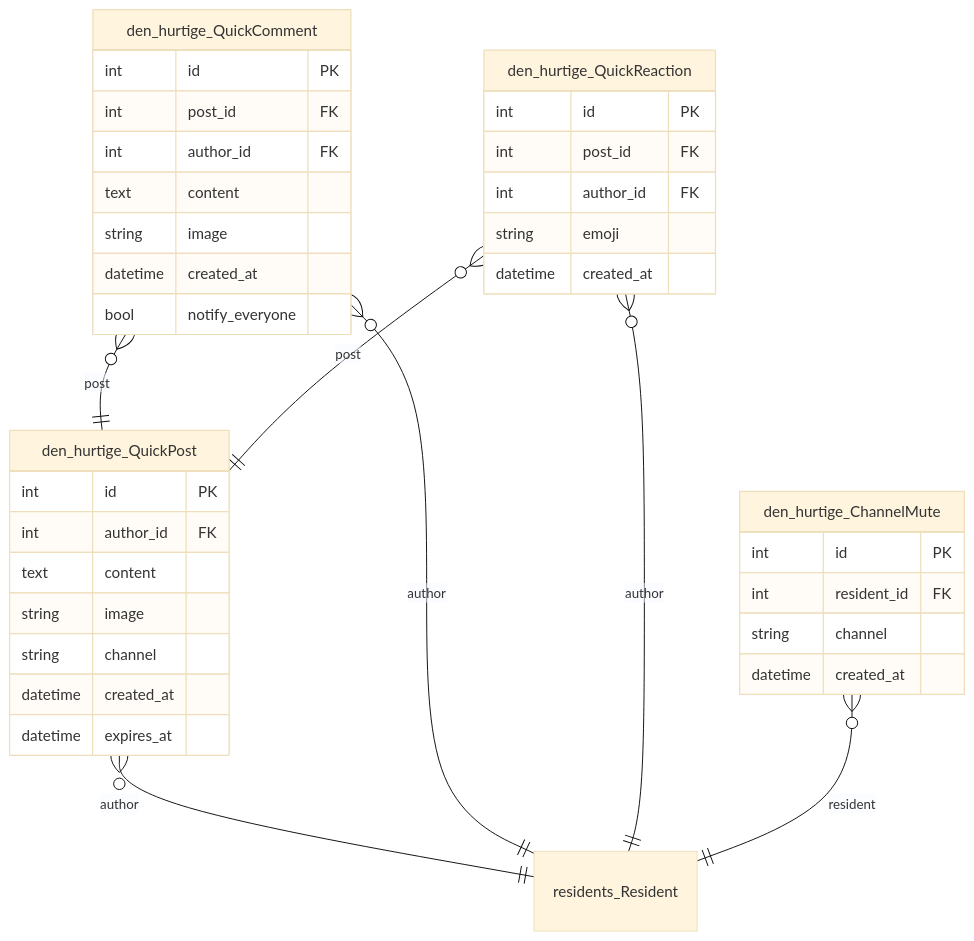
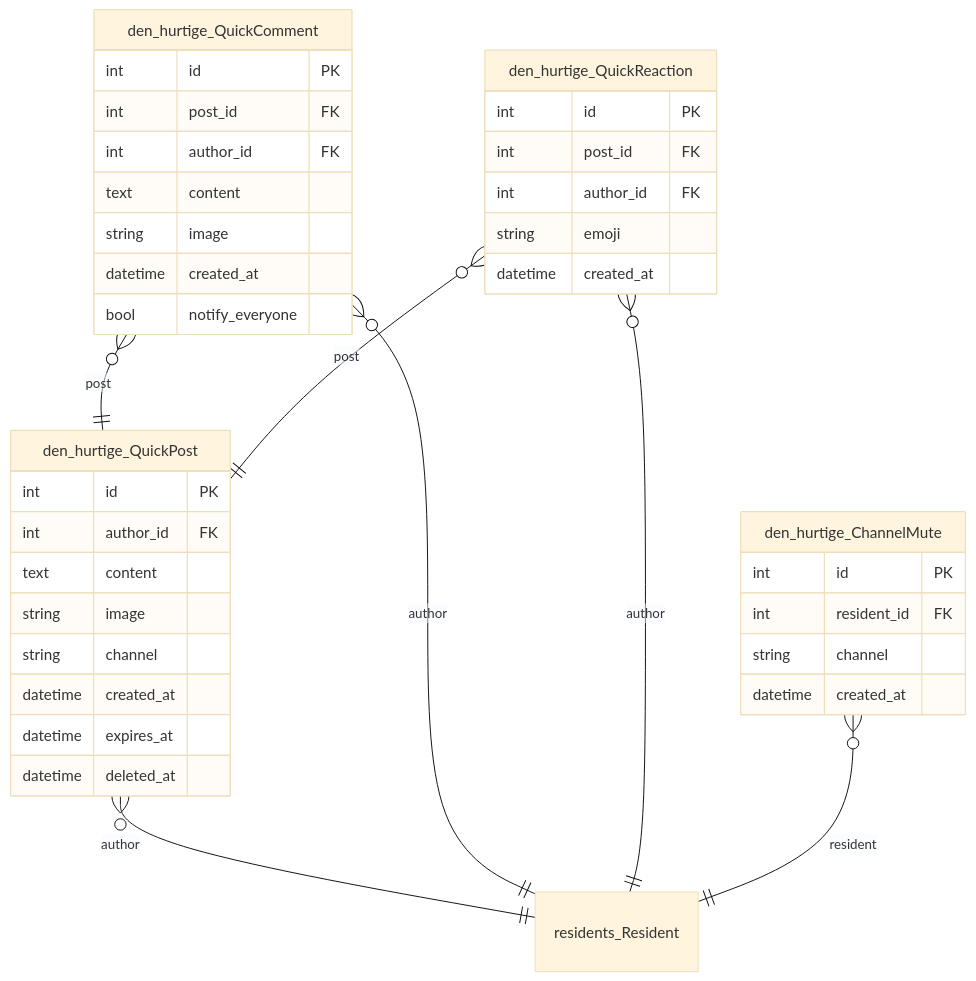
One commit to GAHK-org/gahk_intern changed the seventh of 15 diagrams in docs/erd.md. Above: the diagram before and after it, drawn with Mermaid (base theme). The commit also changed other lines of this file and 12 other files, not shown here.

````diff
--- a/docs/erd.md
+++ b/docs/erd.md
@@ -877,46 +878,47 @@
 ```mermaid
 erDiagram
     den_hurtige_QuickPost {
         int id PK
         int author_id FK
         text content
         string image
         string channel
         datetime created_at
         datetime expires_at
+        datetime deleted_at
     }
 
     den_hurtige_QuickComment {
         int id PK
         int post_id FK
         int author_id FK
         text content
         string image
         datetime created_at
         bool notify_everyone
     }
 
     den_hurtige_QuickReaction {
         int id PK
         int post_id FK
         int author_id FK
         string emoji
         datetime created_at
     }
 
     den_hurtige_ChannelMute {
         int id PK
         int resident_id FK
         string channel
         datetime created_at
     }
 
     residents_Resident { }
 
     den_hurtige_QuickPost }o--|| residents_Resident : "author"
     den_hurtige_QuickComment }o--|| den_hurtige_QuickPost : "post"
     den_hurtige_QuickComment }o--|| residents_Resident : "author"
     den_hurtige_QuickReaction }o--|| den_hurtige_QuickPost : "post"
     den_hurtige_QuickReaction }o--|| residents_Resident : "author"
     den_hurtige_ChannelMute }o--|| residents_Resident : "resident"
 ```
````
